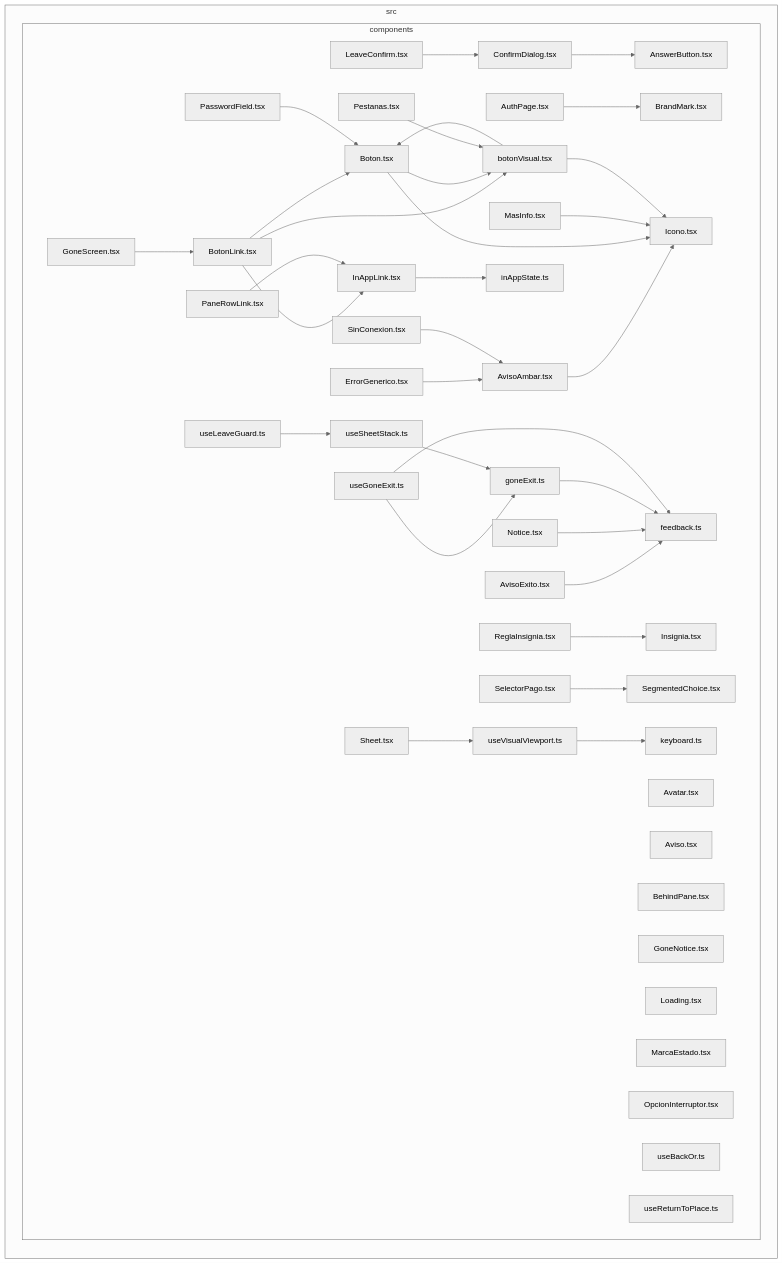
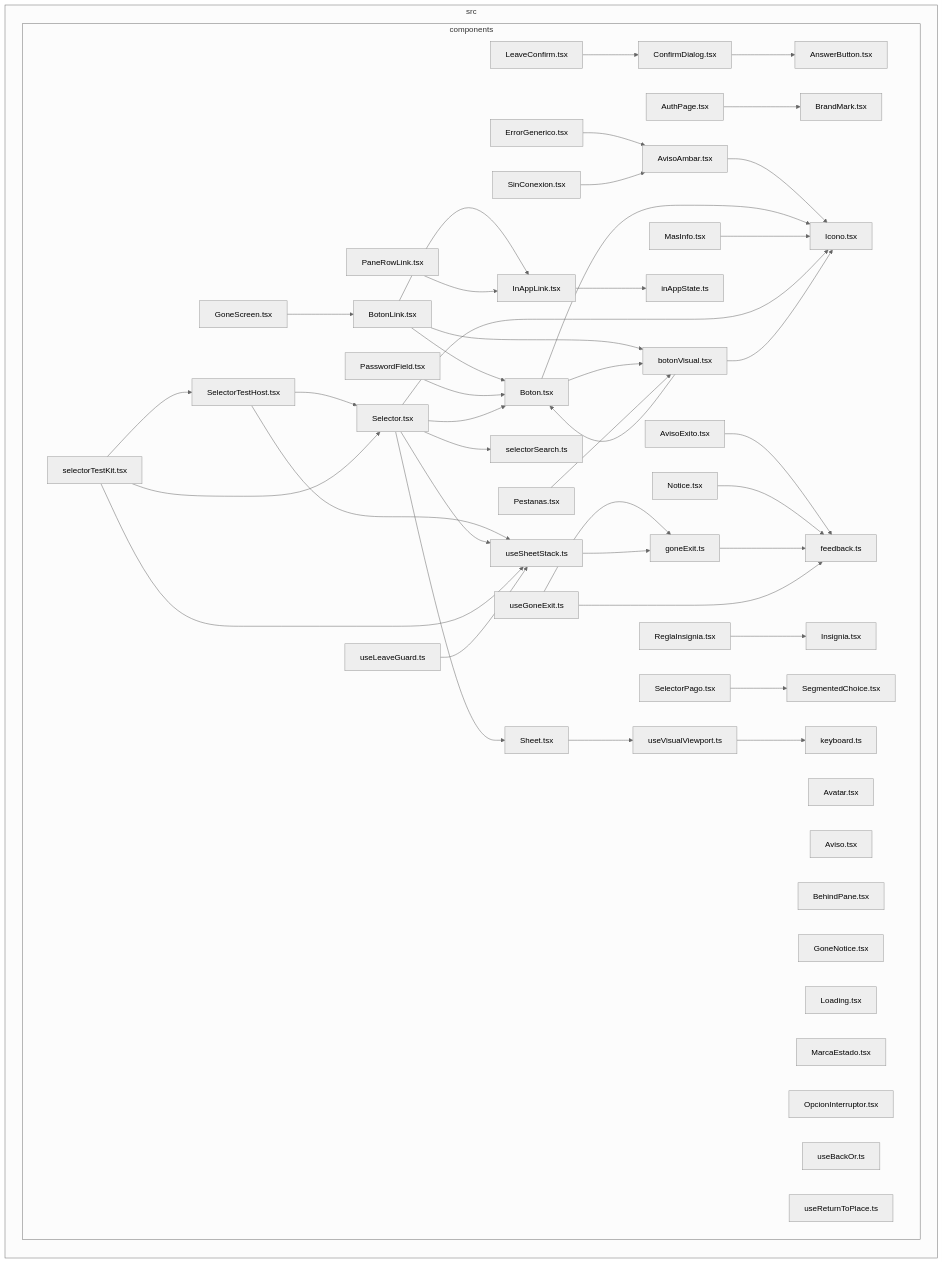
The diagram in docs/architecture/generated/front-modules/components.md (GonzaloZevallos/apostrophe), drawn with Mermaid (neutral theme) before and after one commit.

Commit message:
Regenerate the components module doc for the Selector files
The generated front-modules page lists every file under components/, so the docs check goes stale until it is committed.

```diff
--- a/docs/architecture/generated/front-modules/components.md
+++ b/docs/architecture/generated/front-modules/components.md
@@ -37,6 +37,8 @@
     src_components_ReglaInsignia_tsx["ReglaInsignia.tsx"]
     src_components_SegmentedChoice_tsx["SegmentedChoice.tsx"]
     src_components_SelectorPago_tsx["SelectorPago.tsx"]
+    src_components_SelectorTestHost_tsx["SelectorTestHost.tsx"]
+    src_components_Selector_tsx["Selector.tsx"]
     src_components_Sheet_tsx["Sheet.tsx"]
     src_components_SinConexion_tsx["SinConexion.tsx"]
     src_components_botonVisual_tsx["botonVisual.tsx"]
@@ -44,6 +46,8 @@
     src_components_goneExit_ts["goneExit.ts"]
     src_components_inAppState_ts["inAppState.ts"]
     src_components_keyboard_ts["keyboard.ts"]
+    src_components_selectorSearch_ts["selectorSearch.ts"]
+    src_components_selectorTestKit_tsx["selectorTestKit.tsx"]
     src_components_useBackOr_ts["useBackOr.ts"]
     src_components_useGoneExit_ts["useGoneExit.ts"]
     src_components_useLeaveGuard_ts["useLeaveGuard.ts"]
@@ -72,11 +76,21 @@
 src_components_Pestanas_tsx-->src_components_botonVisual_tsx
 src_components_ReglaInsignia_tsx-->src_components_Insignia_tsx
 src_components_SelectorPago_tsx-->src_components_SegmentedChoice_tsx
+src_components_SelectorTestHost_tsx-->src_components_Selector_tsx
+src_components_SelectorTestHost_tsx-->src_components_useSheetStack_ts
+src_components_Selector_tsx-->src_components_Boton_tsx
+src_components_Selector_tsx-->src_components_Icono_tsx
+src_components_Selector_tsx-->src_components_Sheet_tsx
+src_components_Selector_tsx-->src_components_selectorSearch_ts
+src_components_Selector_tsx-->src_components_useSheetStack_ts
 src_components_Sheet_tsx-->src_components_useVisualViewport_ts
 src_components_SinConexion_tsx-->src_components_AvisoAmbar_tsx
 src_components_botonVisual_tsx-->src_components_Boton_tsx
 src_components_botonVisual_tsx-->src_components_Icono_tsx
 src_components_goneExit_ts-->src_components_feedback_ts
+src_components_selectorTestKit_tsx-->src_components_SelectorTestHost_tsx
+src_components_selectorTestKit_tsx-->src_components_Selector_tsx
+src_components_selectorTestKit_tsx-->src_components_useSheetStack_ts
 src_components_useGoneExit_ts-->src_components_feedback_ts
 src_components_useGoneExit_ts-->src_components_goneExit_ts
 src_components_useLeaveGuard_ts-->src_components_useSheetStack_ts
```
